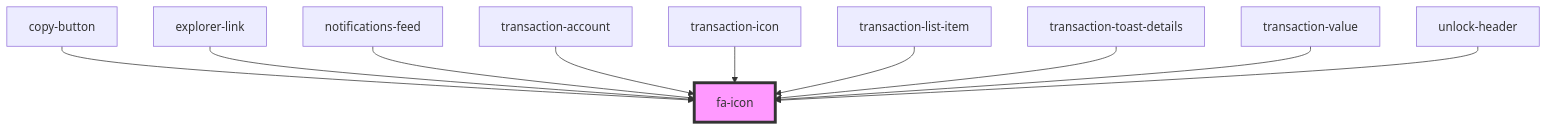
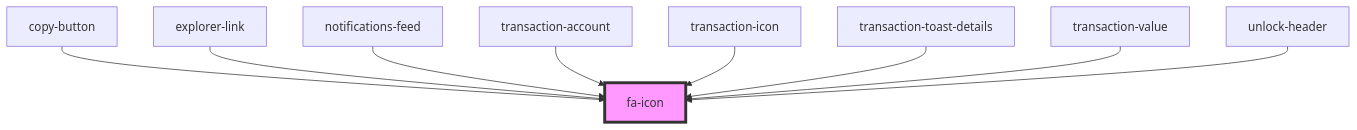
The diagram in src/components/visual/fa-icon/readme.md (multiversx/mx-sdk-dapp-ui), drawn with Mermaid before and after one commit. The commit also changed other lines of this file and 18 other files, not shown here.

````diff
--- a/src/components/visual/fa-icon/readme.md
+++ b/src/components/visual/fa-icon/readme.md
@@ -30,13 +29,12 @@
 ```mermaid
 graph TD;
   copy-button --> fa-icon
   explorer-link --> fa-icon
   notifications-feed --> fa-icon
   transaction-account --> fa-icon
   transaction-icon --> fa-icon
-  transaction-list-item --> fa-icon
   transaction-toast-details --> fa-icon
   transaction-value --> fa-icon
   unlock-header --> fa-icon
   style fa-icon fill:#f9f,stroke:#333,stroke-width:4px
 ```
````
